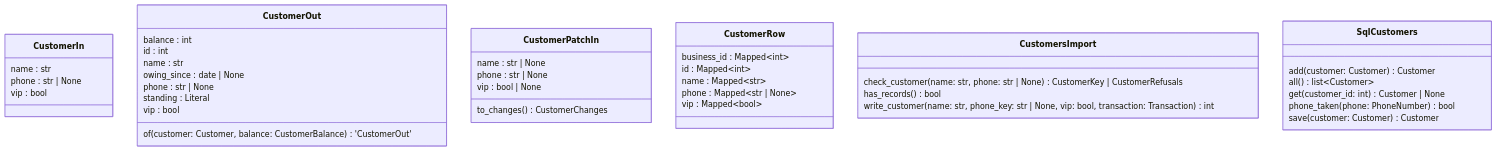
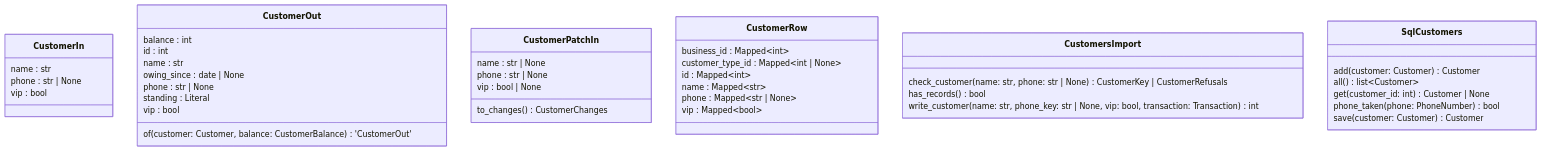
One commit to GonzaloZevallos/apostrophe changed the fourth of 4 diagrams in docs/architecture/generated/classes/customers.md. Above: the diagram before and after it, drawn with Mermaid. The commit also changed 3 other files, not shown here.

Commit message:
Regenerate the architecture docs for the customer types hexagon

````diff
--- a/docs/architecture/generated/classes/customers.md
+++ b/docs/architecture/generated/classes/customers.md
@@ -142,43 +142,44 @@
 ```mermaid
 classDiagram
   class CustomerIn {
     name : str
     phone : str #124; None
     vip : bool
   }
   class CustomerOut {
     balance : int
     id : int
     name : str
     owing_since : date #124; None
     phone : str #124; None
     standing : Literal
     vip : bool
     of(customer: Customer, balance: CustomerBalance) 'CustomerOut'
   }
   class CustomerPatchIn {
     name : str #124; None
     phone : str #124; None
     vip : bool #124; None
     to_changes() CustomerChanges
   }
   class CustomerRow {
     business_id : Mapped~int~
+    customer_type_id : Mapped~int #124; None~
     id : Mapped~int~
     name : Mapped~str~
     phone : Mapped~str #124; None~
     vip : Mapped~bool~
   }
   class CustomersImport {
     check_customer(name: str, phone: str #124; None) CustomerKey #124; CustomerRefusals
     has_records() bool
     write_customer(name: str, phone_key: str #124; None, vip: bool, transaction: Transaction) int
   }
   class SqlCustomers {
     add(customer: Customer) Customer
     all() list~Customer~
     get(customer_id: int) Customer #124; None
     phone_taken(phone: PhoneNumber) bool
     save(customer: Customer) Customer
   }
 ```
````
